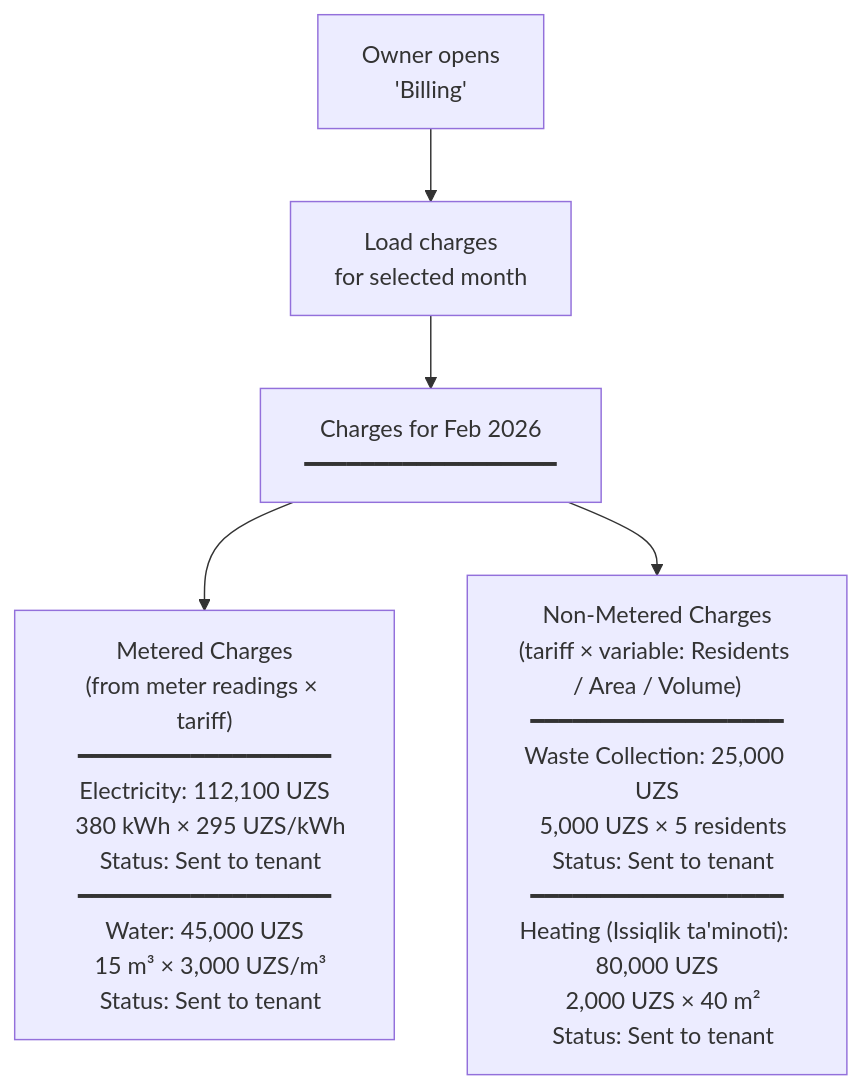
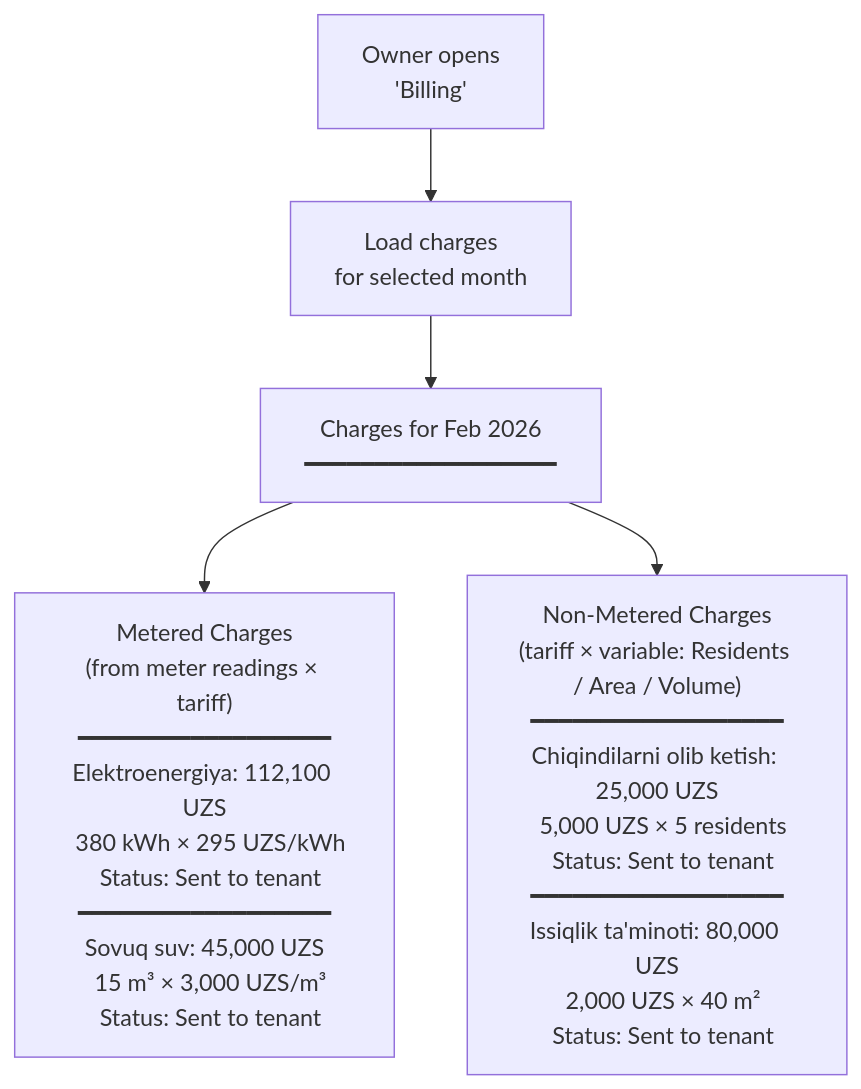
Before and after one commit to saodatm-dev/Utilities---Informational-Architecture: the seventh of 11 diagrams in Utilities - Business Owner.md, drawn with Mermaid. The commit also changed other lines of this file and 1 other file, not shown here.

Commit message:
refactor: Localize utility names to Uzbek, consolidate feature tiers, remove payment service integration, and refine payment flow details.

````diff
--- a/Utilities - Business Owner.md
+++ b/Utilities - Business Owner.md
@@ -229,11 +228,11 @@
 ```mermaid
 flowchart TD
     BILLING["Owner opens<br/>'Billing'"] --> LOAD["Load charges<br/>for selected month"]
 
     LOAD --> VIEW["Charges for Feb 2026<br/>━━━━━━━━━━━━━━━━━━"]
 
-    VIEW --> METERED["Metered Charges<br/>(from meter readings × tariff)<br/>━━━━━━━━━━━━━━━━━━<br/>Electricity: 112,100 UZS<br/>  380 kWh × 295 UZS/kWh<br/>  Status: Sent to tenant<br/>━━━━━━━━━━━━━━━━━━<br/>Water: 45,000 UZS<br/>  15 m³ × 3,000 UZS/m³<br/>  Status: Sent to tenant"]
+    VIEW --> METERED["Metered Charges<br/>(from meter readings × tariff)<br/>━━━━━━━━━━━━━━━━━━<br/>Elektroenergiya: 112,100 UZS<br/>  380 kWh × 295 UZS/kWh<br/>  Status: Sent to tenant<br/>━━━━━━━━━━━━━━━━━━<br/>Sovuq suv: 45,000 UZS<br/>  15 m³ × 3,000 UZS/m³<br/>  Status: Sent to tenant"]
 
-    VIEW --> NON_METERED["Non-Metered Charges<br/>(tariff × variable: Residents / Area / Volume)<br/>━━━━━━━━━━━━━━━━━━<br/>Waste Collection: 25,000 UZS<br/>  5,000 UZS × 5 residents<br/>  Status: Sent to tenant<br/>━━━━━━━━━━━━━━━━━━<br/>Heating (Issiqlik ta'minoti): 80,000 UZS<br/>  2,000 UZS × 40 m²<br/>  Status: Sent to tenant"]
+    VIEW --> NON_METERED["Non-Metered Charges<br/>(tariff × variable: Residents / Area / Volume)<br/>━━━━━━━━━━━━━━━━━━<br/>Chiqindilarni olib ketish: 25,000 UZS<br/>  5,000 UZS × 5 residents<br/>  Status: Sent to tenant<br/>━━━━━━━━━━━━━━━━━━<br/>Issiqlik ta'minoti: 80,000 UZS<br/>  2,000 UZS × 40 m²<br/>  Status: Sent to tenant"]
 
 ```
````
